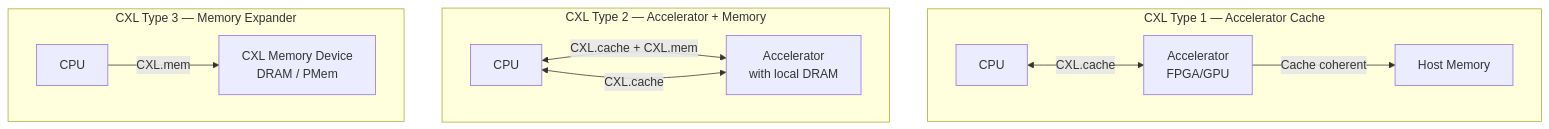
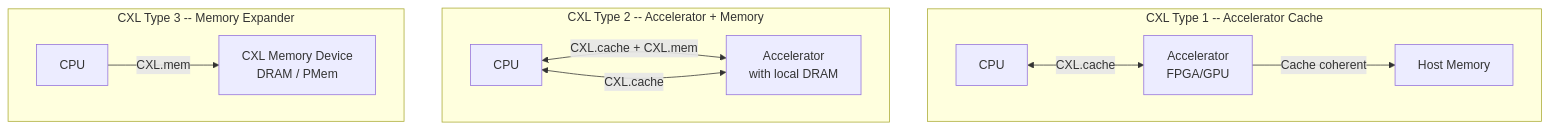
The first of 9 diagrams in src/kernel/memory/cxl.md (Abhinav-Kumar012/lb2), drawn with Mermaid before and after one commit. The commit also changed other lines of this file and 211 other files, not shown here.

First line of the commit message:
fix: mermaid syntax issues across 212 files

````diff
--- a/src/kernel/memory/cxl.md
+++ b/src/kernel/memory/cxl.md
@@ -28,16 +28,16 @@
 ```mermaid
 graph TB
-    subgraph "CXL Type 1 — Accelerator Cache"
-        CPU1[CPU] <-->|CXL.cache| ACC1["Accelerator<br/>FPGA/GPU"]
+    subgraph "CXL Type 1 -- Accelerator Cache"
+        CPU1[CPU] <-->|CXL.cache| ACC1["Accelerator<br>FPGA/GPU"]
         ACC1 -->|Cache coherent| MEM1[Host Memory]
     end
 
-    subgraph "CXL Type 2 — Accelerator + Memory"
-        CPU2[CPU] <-->|CXL.cache + CXL.mem| ACC2["Accelerator<br/>with local DRAM"]
+    subgraph "CXL Type 2 -- Accelerator + Memory"
+        CPU2[CPU] <-->|CXL.cache + CXL.mem| ACC2["Accelerator<br>with local DRAM"]
         ACC2 <-->|CXL.cache| CPU2
     end
 
-    subgraph "CXL Type 3 — Memory Expander"
-        CPU3[CPU] -->|CXL.mem| MEM3["CXL Memory Device<br/>DRAM / PMem"]
+    subgraph "CXL Type 3 -- Memory Expander"
+        CPU3[CPU] -->|CXL.mem| MEM3["CXL Memory Device<br>DRAM / PMem"]
     end
 ```
````
